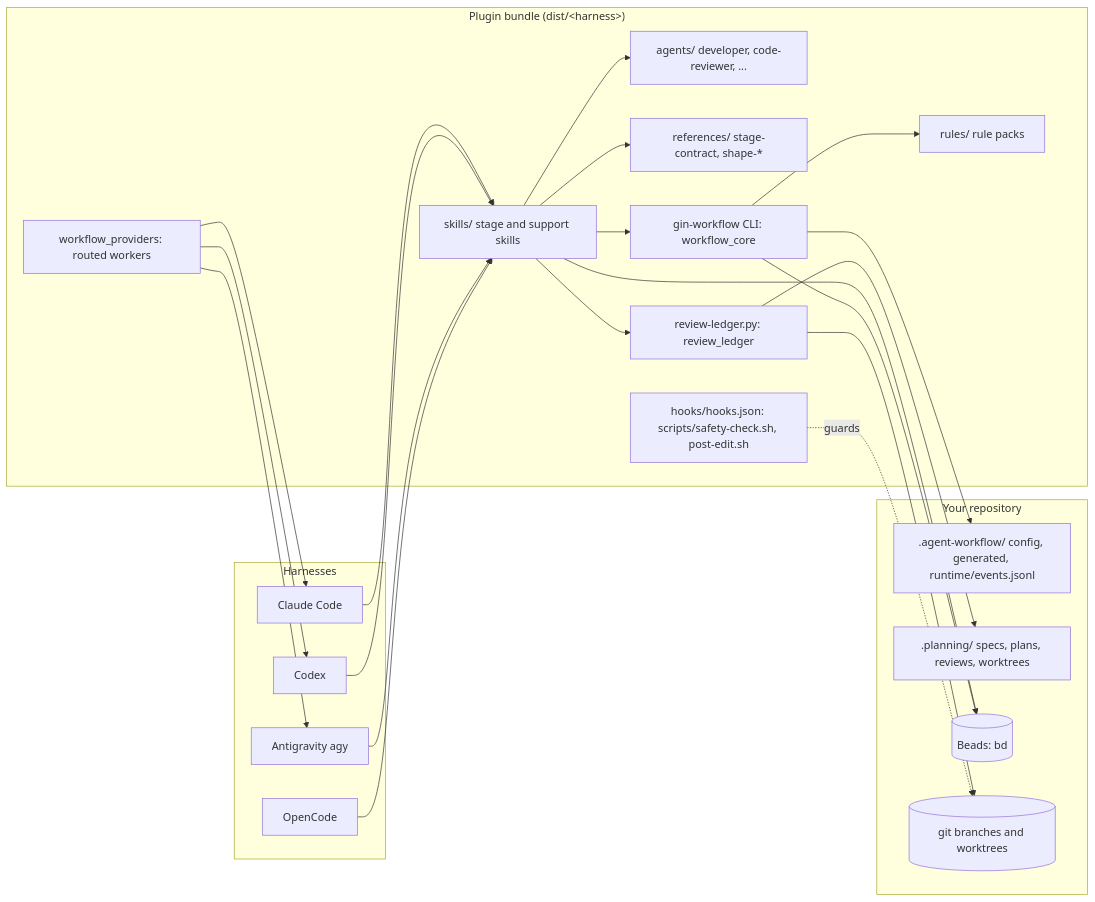
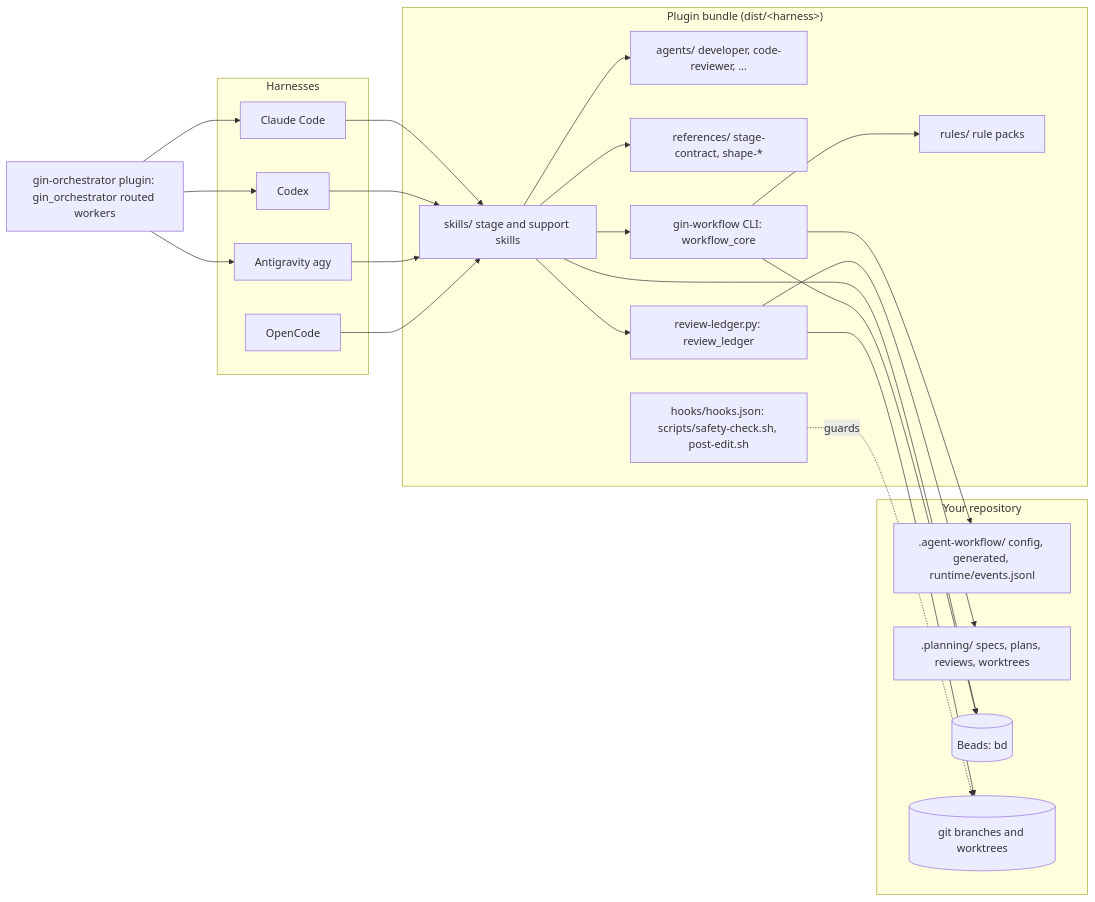
Before and after one commit to giangdhwhtbr/gin-workflow: the first of 6 diagrams in docs/concepts/architecture.md, drawn with Mermaid. The commit also changed 93 other files, not shown here.

First line of the commit message:
refactor(orchestrator): move the worker library to plugins/gin-orchestrator

````diff
--- a/docs/concepts/architecture.md
+++ b/docs/concepts/architecture.md
@@ -7,38 +7,38 @@
 ```mermaid
 flowchart LR
     subgraph Harnesses
         CC[Claude Code]
         CX[Codex]
         AG[Antigravity agy]
         OC[OpenCode]
     end
     subgraph Bundle["Plugin bundle (dist/&lt;harness&gt;)"]
         SK[skills/ stage and support skills]
         AGT[agents/ developer, code-reviewer, ...]
         REF[references/ stage-contract, shape-*]
         RUL[rules/ rule packs]
         HK[hooks/hooks.json: scripts/safety-check.sh, post-edit.sh]
         CLI[gin-workflow CLI: workflow_core]
         RL[review-ledger.py: review_ledger]
-        PRV[workflow_providers: routed workers]
     end
+    PRV[gin-orchestrator plugin: gin_orchestrator routed workers]
     subgraph Repo["Your repository"]
         CFG[.agent-workflow/ config, generated, runtime/events.jsonl]
         PLN[.planning/ specs, plans, reviews, worktrees]
         BD[(Beads: bd)]
         GIT[(git branches and worktrees)]
     end
     CC & CX & AG & OC --> SK
     SK --> AGT
     SK --> REF
     SK --> CLI
     SK --> RL
     SK --> BD
     CLI --> RUL
     CLI --> CFG
     CLI --> BD
     RL --> PLN
     RL --> GIT
     PRV --> CC & CX & AG
     HK -.guards.-> GIT
 ```
````
